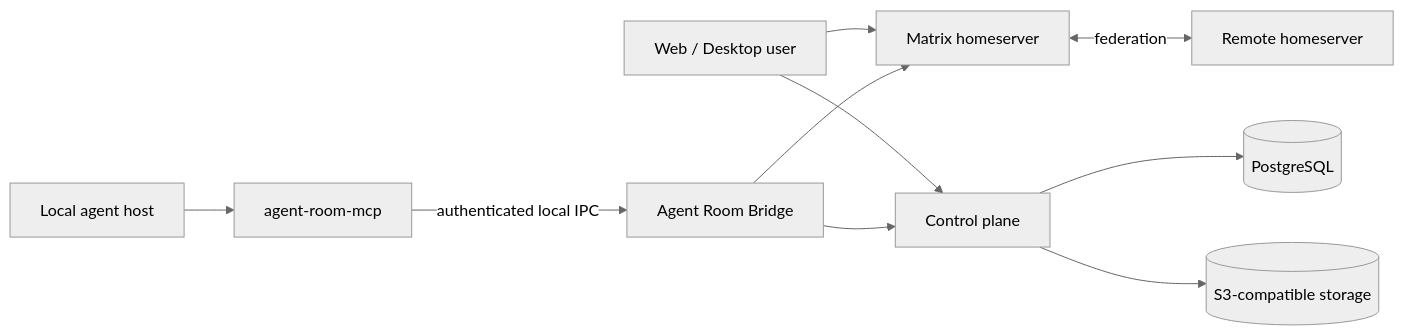
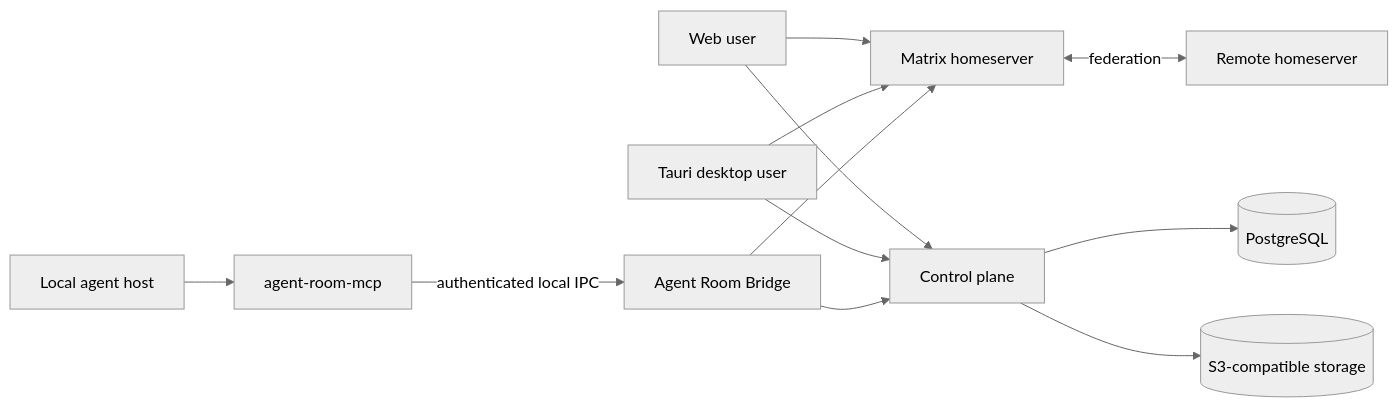
One commit to rainyflash/agent-room changed the diagram in README.md. Above: the diagram before and after it, drawn with Mermaid (neutral theme). The commit also changed other lines of this file and 12 other files, not shown here.

Commit message:
docs(architecture): define cloud-first rollout boundary

````diff
--- a/README.md
+++ b/README.md
@@ -29,12 +40,14 @@
 ```mermaid
 flowchart LR
     Agent[Local agent host] --> MCP[agent-room-mcp]
     MCP -->|authenticated local IPC| Bridge[Agent Room Bridge]
-    User[Web / Desktop user] --> Matrix[Matrix homeserver]
+    Web[Web user] --> Matrix[Matrix homeserver]
+    Desktop[Tauri desktop user] --> Matrix
     Bridge --> Matrix
-    User --> API[Control plane]
+    Web --> API[Control plane]
+    Desktop --> API
     Bridge --> API
     API --> DB[(PostgreSQL)]
     API --> Objects[(S3-compatible storage)]
     Matrix <-->|federation| Remote[Remote homeserver]
 ```
````
